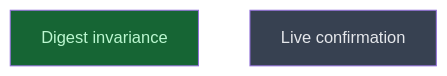
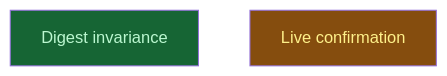
Before and after one commit to CrackingShells/Candler: the diagram in __roadmap__/m4-session-runner/traits/core/runs/closeout/revalidation/README.md, drawn with Mermaid. The commit also changed other lines of this file, not shown here.

Commit message:
rdm(runner): start live_confirmation

````diff
--- a/__roadmap__/m4-session-runner/traits/core/runs/closeout/revalidation/README.md
+++ b/__roadmap__/m4-session-runner/traits/core/runs/closeout/revalidation/README.md
@@ -16,10 +16,10 @@
 ```mermaid
 graph TD
     digest_invariance[Digest invariance]:::done
-    live_confirmation[Live confirmation]:::planned
+    live_confirmation[Live confirmation]:::inprogress
     classDef done       fill:#166534,color:#bbf7d0
     classDef inprogress fill:#854d0e,color:#fef08a
     classDef planned    fill:#374151,color:#e5e7eb
     classDef amendment  fill:#1e3a5f,color:#bfdbfe
     classDef blocked    fill:#7f1d1d,color:#fecaca
 ```
````
